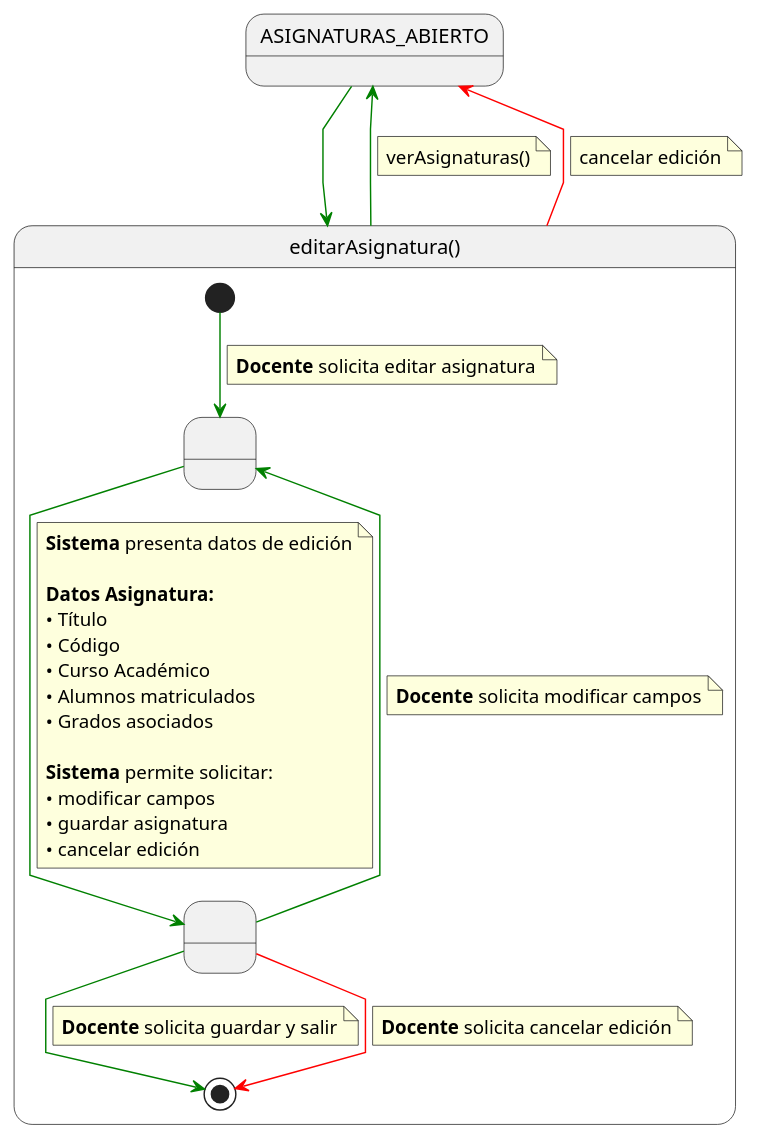
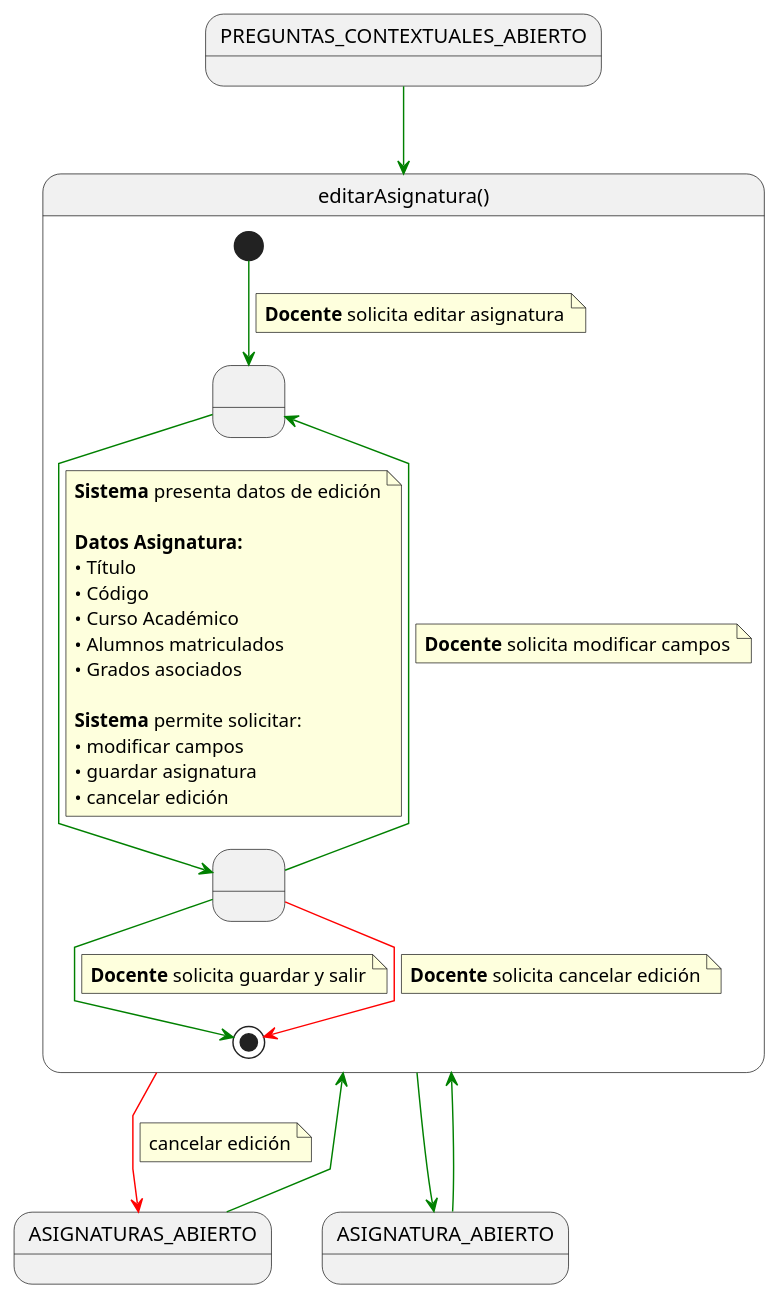
Before and after one commit to martinlopez7/25-26-IdSw1-SdR: the diagram in documents/casos-de-uso/detalladoCasosDeUso/editarAsignatura/editarAsignatura.puml, drawn with PlantUML. The commit also changed 1 other file, not shown here.

Commit message:
feat(cu): añade estados a detallado de editarAsignatura() [refs #70]

```diff
--- a/documents/casos-de-uso/detalladoCasosDeUso/editarAsignatura/editarAsignatura.puml
+++ b/documents/casos-de-uso/detalladoCasosDeUso/editarAsignatura/editarAsignatura.puml
@@ -1,60 +1,69 @@
 @startuml
 skinparam linetype polyline
 
+
+state PREGUNTAS_CONTEXTUALES_ABIERTO
 state ASIGNATURAS_ABIERTO
+state ASIGNATURA_ABIERTO
 
+
+PREGUNTAS_CONTEXTUALES_ABIERTO -[#green]-> editarAsignatura
 ASIGNATURAS_ABIERTO -[#green]-> editarAsignatura
+ASIGNATURA_ABIERTO -[#green]-> editarAsignatura
 
 state editarAsignatura as "editarAsignatura()" {
 
     state " " as EditandoDatos
     state " " as GuardandoDatos 
 
     [*] -[#green]-> EditandoDatos 
     note on link
     <b>Docente</b> solicita editar asignatura
     end note    
     
     EditandoDatos -[#green]-> GuardandoDatos
     note on link
     <b>Sistema</b> presenta datos de edición
 
     <b>Datos Asignatura:</b>
     • Título
     • Código
     • Curso Académico
     • Alumnos matriculados
     • Grados asociados
     
     <b>Sistema</b> permite solicitar:
     • modificar campos
     • guardar asignatura
     • cancelar edición
     end note
     
     GuardandoDatos -[#green]-> EditandoDatos
     note on link
     <b>Docente</b> solicita modificar campos
     end note
     
     GuardandoDatos -[#green]-> [*]
     note on link
     <b>Docente</b> solicita guardar y salir
     end note
 
     GuardandoDatos -[#red]-> [*]
     note on link
     <b>Docente</b> solicita cancelar edición
     end note
 }
 
-editarAsignatura -[#green]-> ASIGNATURAS_ABIERTO
-note on link
-verAsignaturas()
-end note
 
+
+editarAsignatura -[#green]-> ASIGNATURA_ABIERTO
+
+' Nota: He mantenido la cancelación hacia la lista general, 
+' pero si prefieres que al cancelar también vaya a ASIGNATURA_ABIERTO, 
+' puedes cambiar el destino abajo.
 editarAsignatura -[#red]-> ASIGNATURAS_ABIERTO
 note on link
 cancelar edición
 end note
+
 @enduml
```
